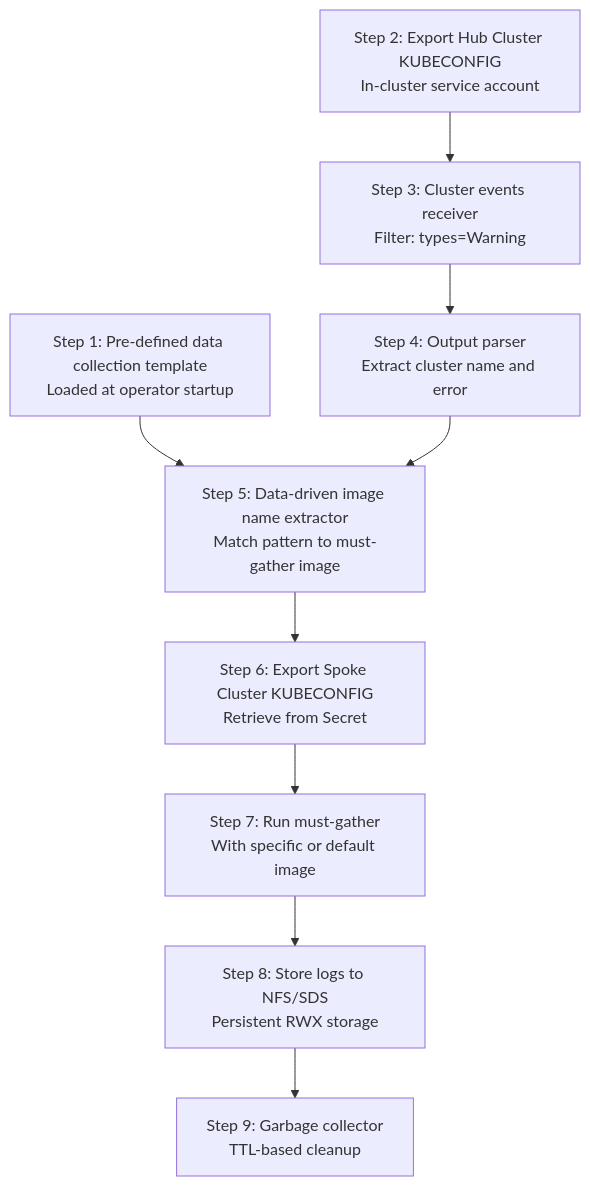
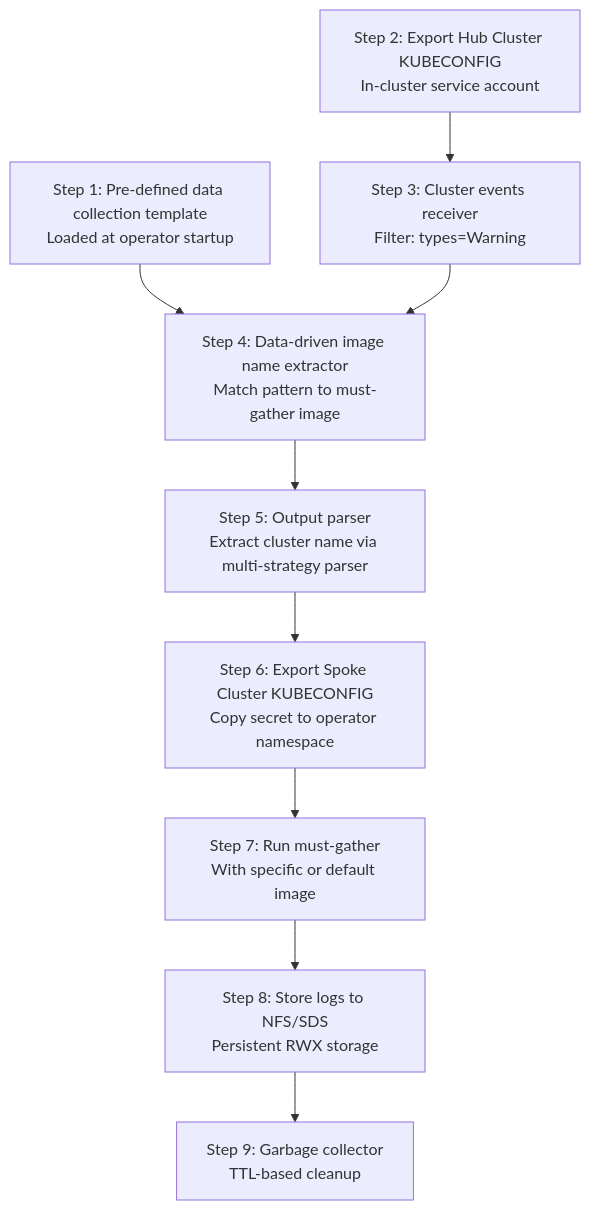
One commit to mpmaruthu/event-driven-diagnostic-operator changed the third of 3 diagrams in README.md. Above: the diagram before and after it, drawn with Mermaid. The commit also changed other lines of this file, not shown here.

````diff
--- a/README.md
+++ b/README.md
@@ -141,21 +144,21 @@
 ```mermaid
 flowchart TB
     step1[Step 1: Pre-defined data collection template<br/>Loaded at operator startup]
     step2[Step 2: Export Hub Cluster KUBECONFIG<br/>In-cluster service account]
     step3[Step 3: Cluster events receiver<br/>Filter: types=Warning]
-    step4[Step 4: Output parser<br/>Extract cluster name and error]
-    step5[Step 5: Data-driven image name extractor<br/>Match pattern to must-gather image]
-    step6[Step 6: Export Spoke Cluster KUBECONFIG<br/>Retrieve from Secret]
+    step4[Step 4: Data-driven image name extractor<br/>Match pattern to must-gather image]
+    step5[Step 5: Output parser<br/>Extract cluster name via multi-strategy parser]
+    step6[Step 6: Export Spoke Cluster KUBECONFIG<br/>Copy secret to operator namespace]
     step7[Step 7: Run must-gather<br/>With specific or default image]
     step8[Step 8: Store logs to NFS/SDS<br/>Persistent RWX storage]
     step9[Step 9: Garbage collector<br/>TTL-based cleanup]
     
-    step1 --> step5
+    step1 --> step4
     step2 --> step3
     step3 --> step4
     step4 --> step5
     step5 --> step6
     step6 --> step7
     step7 --> step8
     step8 --> step9
 ```
````
